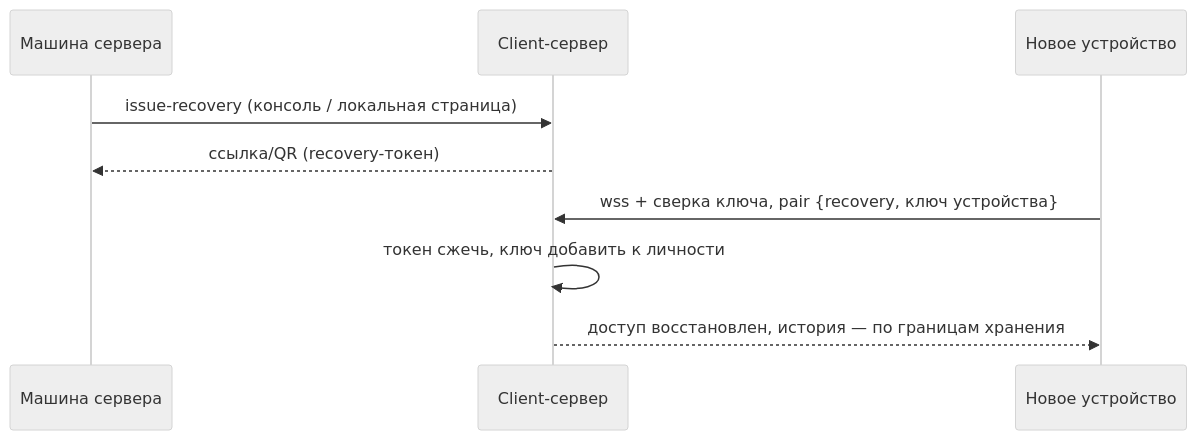
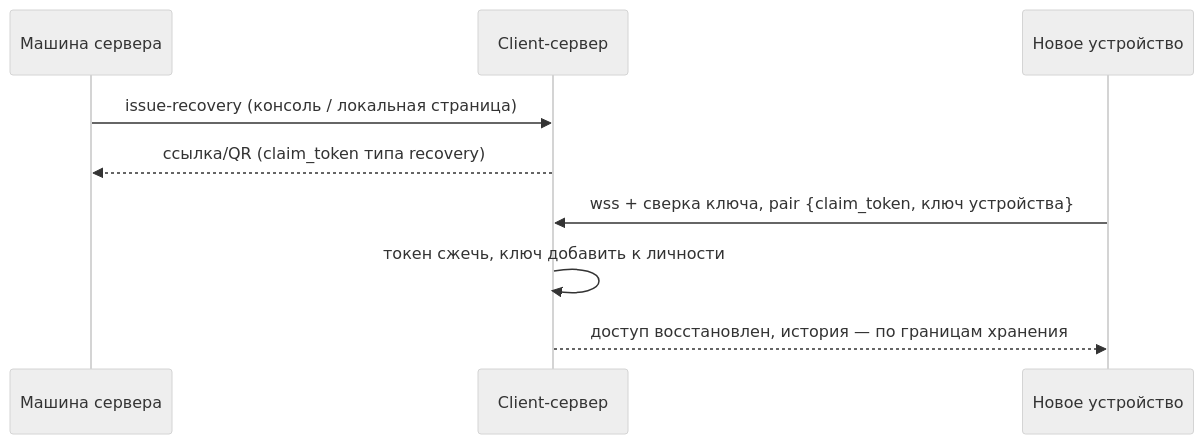
One commit to cyphernet-labs/nox-app changed the fourth of 7 diagrams in docs/client-backend/architecture/authentication.md. Above: the diagram before and after it, drawn with Mermaid (neutral theme). The commit also changed other lines of this file and 2 other files, not shown here.

````diff
--- a/docs/client-backend/architecture/authentication.md
+++ b/docs/client-backend/architecture/authentication.md
@@ -124,11 +125,11 @@
 ```mermaid
 sequenceDiagram
   participant M as Машина сервера
   participant CB as Client-сервер
   participant N as Новое устройство
   M->>CB: issue-recovery (консоль / локальная страница)
-  CB-->>M: ссылка/QR (recovery-токен)
-  N->>CB: wss + сверка ключа, pair {recovery, ключ устройства}
+  CB-->>M: ссылка/QR (claim_token типа recovery)
+  N->>CB: wss + сверка ключа, pair {claim_token, ключ устройства}
   CB->>CB: токен сжечь, ключ добавить к личности
   CB-->>N: доступ восстановлен, история — по границам хранения
 ```
````
